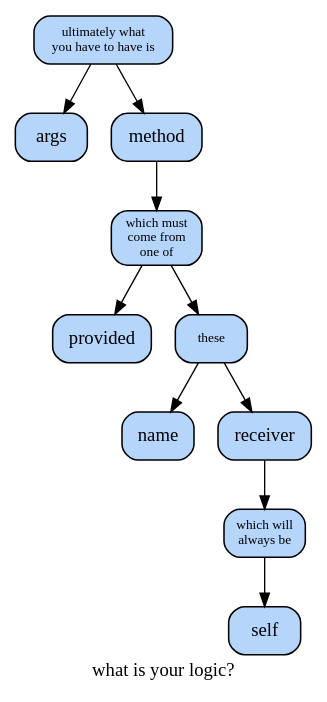
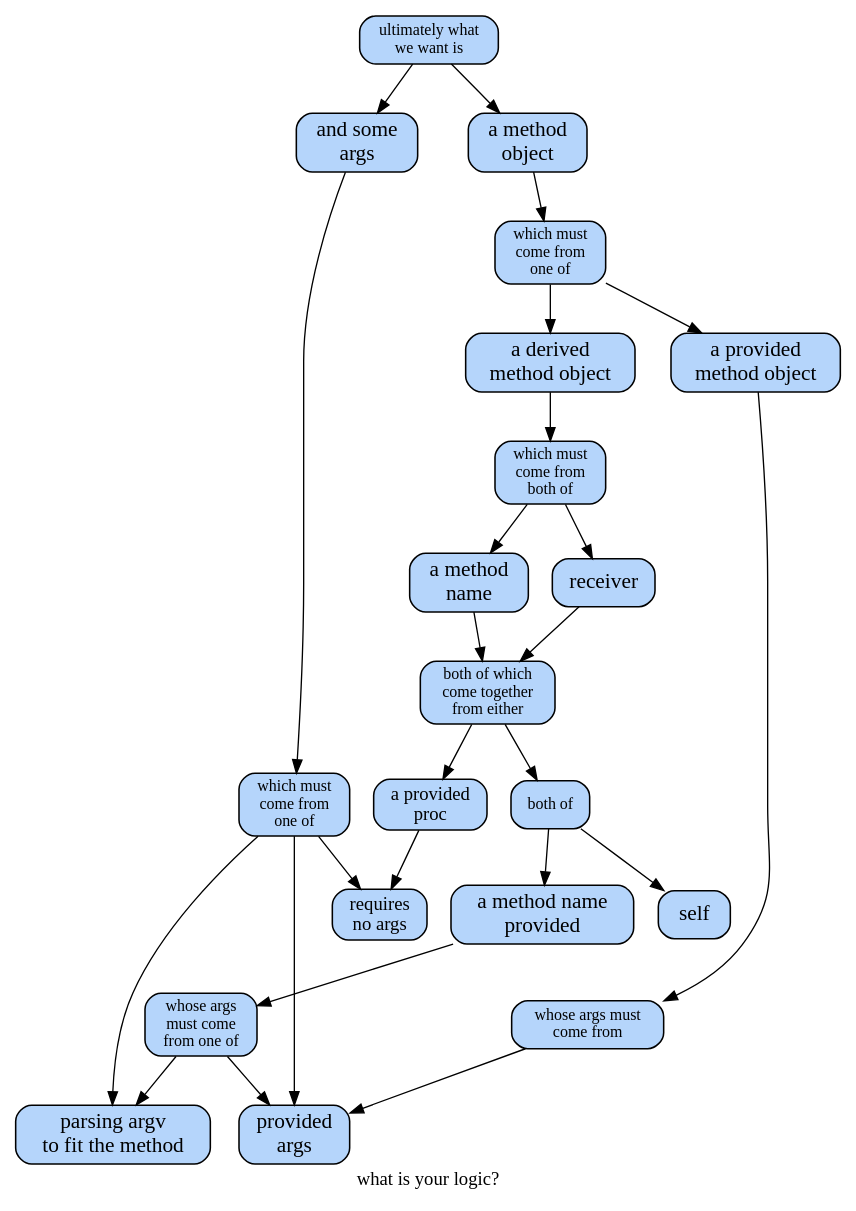
One commit to hipe/tmx changed the diagram in lib/skylab/headless/doc/logix.dot. Above: the diagram before and after it, drawn with Graphviz.

Commit message:
[#logix] - (3 of ?) now it is complex, we can simplify it by eliminating..
  + that diamond in it..

```diff
--- a/lib/skylab/headless/doc/logix.dot
+++ b/lib/skylab/headless/doc/logix.dot
@@ -1,42 +1,66 @@
 # created by tan-man on 2013-02-02 08:00:09 UTC
 
 digraph {
 
 /*
   example stmt_list:
     foo -> bar
     biff -> baz
 
   example node_stmt:
     learn_c [label="learn C somehow"]
 */
 
 label="what is your logic?"
 
 #                 blue : fillcolor="#b5d5fb"
 #             finished : green
 #                green : fillcolor="#79f233"
 
 
-node [label="\N", style="filled", fillcolor="#b5d5fb", fontname="Futura", penwidth="1.1566", shape="Mrecord"]
+node [label="\N", style="filled", fillcolor="#b5d5fb", fontname="Futura", fontsize="16pt", penwidth="1.1566", shape="Mrecord"]
 
-args [label=args]
-method [label=method]
-method_must_come_from_one_of [label="which must\ncome from\none of", fontsize="10pt"]
-method_name [label=name]
-method_provided [label="provided"]
-method_these [label="these", fontsize="10pt"]
-ultimately [label="ultimately what\nyou have to have is", fontsize="10pt"]
-receiver [label="receiver"]
-receiver_must_come_from_one_of [label="which will\nalways be", fontsize="10pt"]
-receiver [label=receiver]
-method -> method_must_come_from_one_of
-method_must_come_from_one_of -> method_provided
-method_must_come_from_one_of -> method_these
-method_these -> method_name
-method_these -> receiver
-receiver -> receiver_must_come_from_one_of
-receiver_must_come_from_one_of -> self
-ultimately -> args
-ultimately -> method
+args_na [label="requires\nno args", fontsize="14pt"]
+args_prov [label="provided\nargs"]
+args_branch [label="which must\ncome from\none of", fontsize="12pt"]
+argv [label="parsing argv\nto fit the method"]
+method [label="a method\nobject"]
+args [label="and some\nargs"]
+meth_branch [label="which must\ncome from\none of", fontsize="12pt"]
+meth_derived [label="a derived\nmethod object"]
+meth_derived_branch [label="which must\ncome from\nboth of", fontsize="12pt"]
+meth_derived_join [label="both of which\ncome together\nfrom either", fontsize="12pt"]
+meth_name [label="a method\nname"]
+meth_name_prov [label="a method name\nprovided"]
+meth_name_prov_args [label="whose args\nmust come\nfrom one of", fontsize="12pt"]
+meth_prov [label="a provided\nmethod object"]
+meth_prov_args_branch [label="whose args must\ncome from", fontsize="12pt"]
+meth_receiver [label="receiver"]
+proc_prov [label="a provided\nproc", fontsize="14pt"]
+self_meth [label="both of", fontsize="12pt"]
+ultimately [label="ultimately what\nwe want is", fontsize="12pt"]
+args->args_branch
+args_branch->args_na
+args_branch->args_prov
+args_branch->argv
+method->meth_branch
+meth_branch->meth_derived
+meth_branch->meth_prov
+meth_derived->meth_derived_branch
+meth_derived_branch->meth_receiver
+meth_derived_branch->meth_name
+meth_derived_join->proc_prov
+meth_derived_join->self_meth
+proc_prov->args_na
+meth_name_prov->meth_name_prov_args
+meth_prov->meth_prov_args_branch
+meth_prov_args_branch->args_prov
+meth_receiver->meth_derived_join
+meth_name->meth_derived_join
+meth_name_prov_args->argv
+meth_name_prov_args->args_prov
+self_meth->meth_name_prov
+self_meth->self
+ultimately->method
+ultimately->args
 }
```
